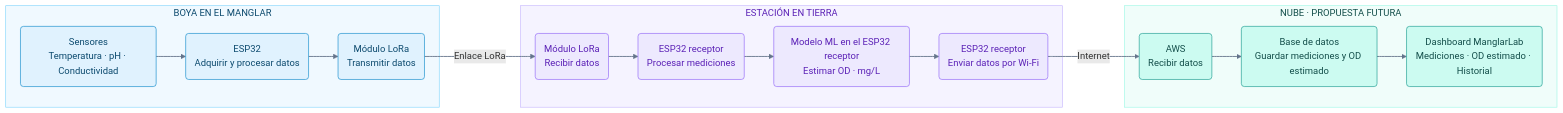
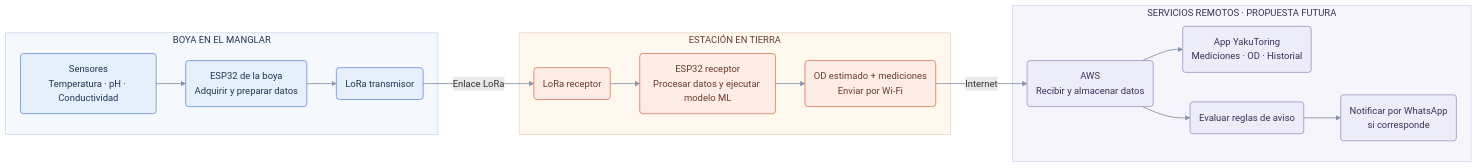
Before and after one commit to Marco404-Dev/PI_Equipo_09: the first of 2 diagrams in README.md, drawn with Mermaid. The commit also changed other lines of this file, not shown here.

````diff
--- a/README.md
+++ b/README.md
@@ -223,41 +72,35 @@
 ```mermaid
 flowchart LR
-    subgraph S1["BOYA EN EL MANGLAR"]
-        A("Sensores<br/>Temperatura · pH · Conductividad")
-        B("ESP32<br/>Adquirir y procesar datos")
-        C("Módulo LoRa<br/>Transmitir datos")
-        A --> B --> C
+    subgraph B["BOYA EN EL MANGLAR"]
+        S("Sensores<br/>Temperatura · pH · Conductividad")
+        E("ESP32 de la boya<br/>Adquirir y preparar datos")
+        T("LoRa transmisor")
+        S --> E --> T
     end
-
-    subgraph S2["ESTACIÓN EN TIERRA"]
-        D("Módulo LoRa<br/>Recibir datos")
-        E("ESP32 receptor<br/>Procesar mediciones")
-        M("Modelo ML en el ESP32 receptor<br/>Estimar OD · mg/L")
-        W("ESP32 receptor<br/>Enviar datos por Wi-Fi")
-        D --> E --> M --> W
+    subgraph R["ESTACIÓN EN TIERRA"]
+        L("LoRa receptor")
+        P("ESP32 receptor<br/>Procesar datos y ejecutar modelo ML")
+        O("OD estimado + mediciones<br/>Enviar por Wi-Fi")
+        L --> P --> O
     end
-
-    subgraph S3["NUBE · PROPUESTA FUTURA"]
-        F("AWS<br/>Recibir datos")
-        G("Base de datos<br/>Guardar mediciones y OD estimado")
-        H("Dashboard ManglarLab<br/>Mediciones · OD estimado · Historial")
-        F --> G --> H
+    subgraph C["SERVICIOS REMOTOS · PROPUESTA FUTURA"]
+        A("AWS<br/>Recibir y almacenar datos")
+        V("App YakuToring<br/>Mediciones · OD · Historial")
+        Q("Evaluar reglas de aviso")
+        W("Notificar por WhatsApp<br/>si corresponde")
+        A --> V
+        A --> Q --> W
     end
-
-    C -- Enlace LoRa --> D
-    W -- Internet --> F
-
-    classDef boya fill:#E0F2FE,stroke:#0284C7,color:#0C4A6E;
-    classDef estacion fill:#EDE9FE,stroke:#8B5CF6,color:#5B21B6;
-    classDef nube fill:#CCFBF1,stroke:#0D9488,color:#134E4A;
-
-    class A,B,C boya;
-    class D,E,M,W estacion;
-    class F,G,H nube;
-
-    style S1 fill:#F0F9FF,stroke:#7DD3FC,color:#0C4A6E
-    style S2 fill:#F5F3FF,stroke:#C4B5FD,color:#5B21B6
-    style S3 fill:#F0FDFA,stroke:#99F6E4,color:#134E4A
-
-    linkStyle default stroke:#64748B,stroke-width:1.5px;
+    T -- Enlace LoRa --> L
+    O -- Internet --> A
+    classDef boya fill:#E5F0FC,stroke:#376BC5,color:#223455;
+    classDef tierra fill:#FCECE5,stroke:#C8502A,color:#683B30;
+    classDef cloud fill:#EDECF9,stroke:#8172B1,color:#393157;
+    class S,E,T boya;
+    class L,P,O tierra;
+    class A,V,Q,W cloud;
+    style B fill:#F5F9FE,stroke:#B6CEE9,color:#223455
+    style R fill:#FFF8EF,stroke:#EAC6AD,color:#683B30
+    style C fill:#F7F5FC,stroke:#D0C7E7,color:#393157
+    linkStyle default stroke:#8794A8,stroke-width:1.5px;
 ```
````
